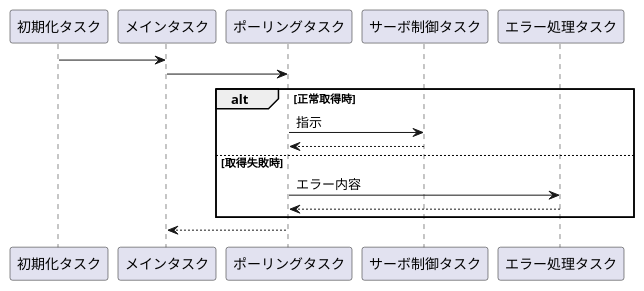
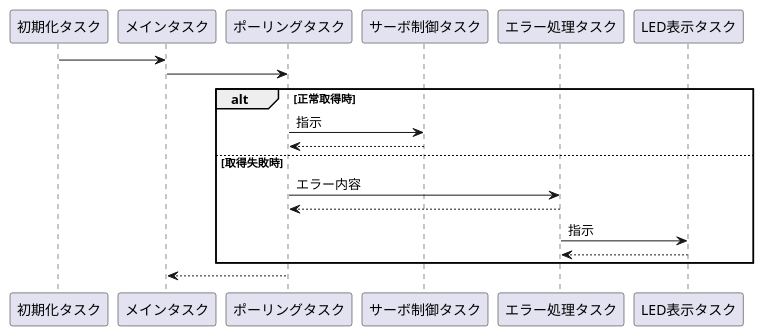
The diagram in シーケンス図.md (SeiyaIwabuchi/-), drawn with PlantUML before and after one commit. The commit also changed 3 other files, not shown here.

````diff
--- a/シーケンス図.md
+++ b/シーケンス図.md
@@ -1,14 +1,16 @@
 ``` plantuml
 @startuml
 初期化タスク -> メインタスク
 メインタスク -> ポーリングタスク
 alt  正常取得時
     ポーリングタスク -> サーボ制御タスク : 指示
     サーボ制御タスク --> ポーリングタスク
 else 取得失敗時
     ポーリングタスク -> エラー処理タスク: エラー内容
     エラー処理タスク --> ポーリングタスク
+    エラー処理タスク -> LED表示タスク : 指示
+    LED表示タスク --> エラー処理タスク
 end
 ポーリングタスク --> メインタスク
 @enduml
 ```
````
